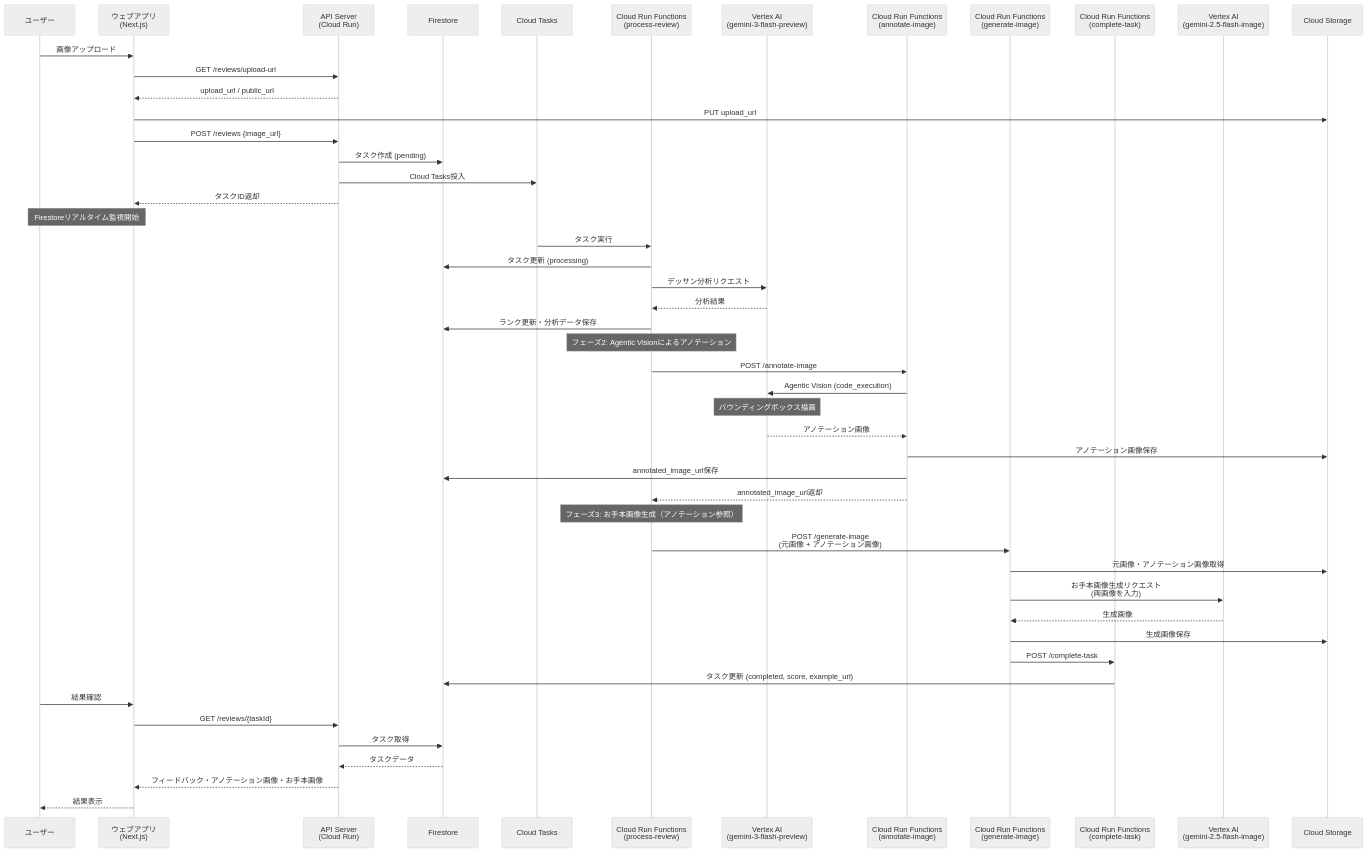
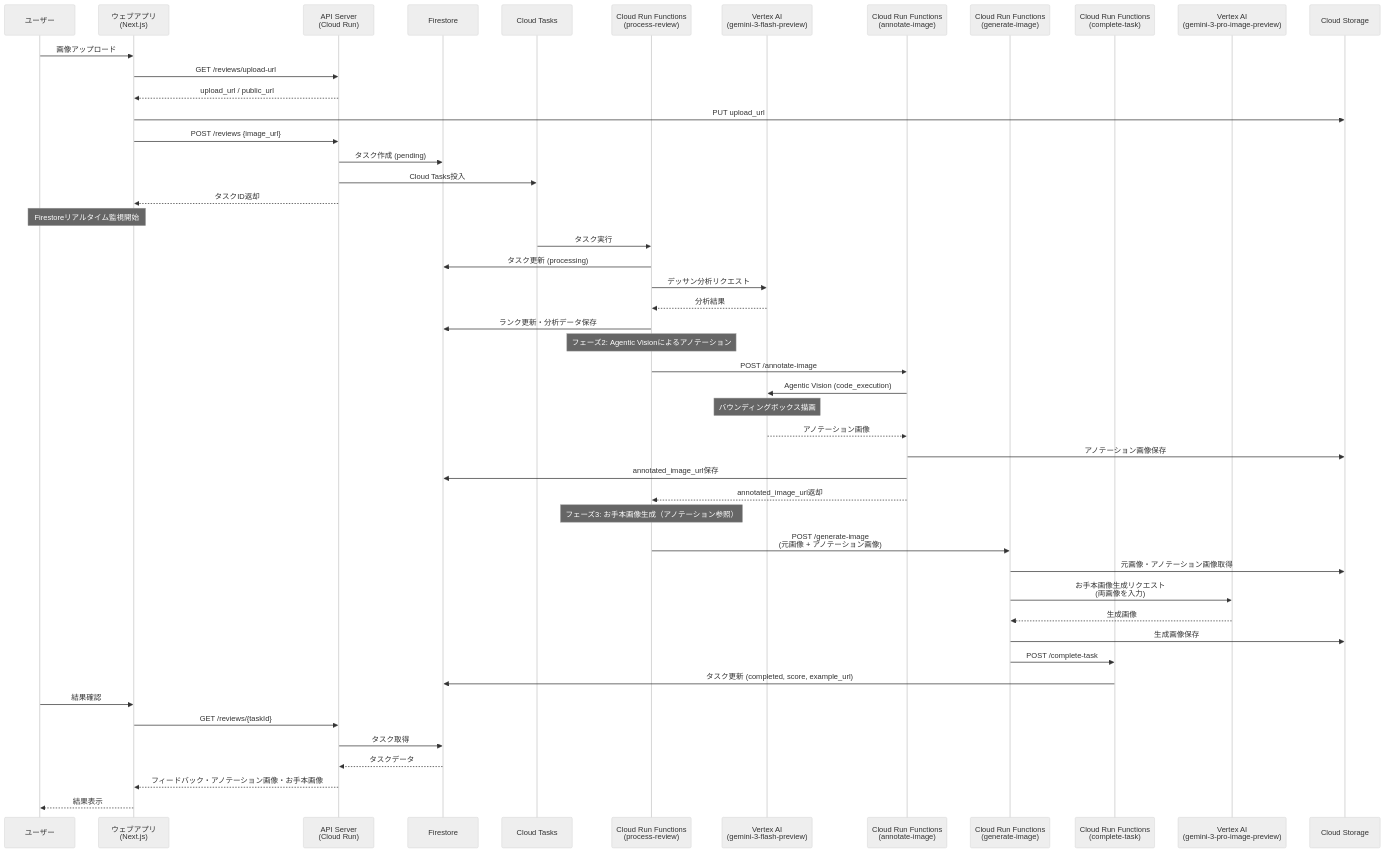
Before and after one commit to nuance-sudo/drawing-practice-agent-gch4: the second of 6 diagrams in docs/functional-design.md, drawn with Mermaid (neutral theme). The commit also changed other lines of this file and 25 other files, not shown here.

````diff
--- a/docs/functional-design.md
+++ b/docs/functional-design.md
@@ -71,57 +71,57 @@
 ```mermaid
 sequenceDiagram
     participant User as ユーザー
     participant Web as ウェブアプリ<br/>(Next.js)
     participant API as API Server<br/>(Cloud Run)
     participant DB as Firestore
     participant Queue as Cloud Tasks
     participant ProcFunc as Cloud Run Functions<br/>(process-review)
     participant Gemini as Vertex AI<br/>(gemini-3-flash-preview)
     participant AnnotateFunc as Cloud Run Functions<br/>(annotate-image)
     participant GenFunc as Cloud Run Functions<br/>(generate-image)
     participant CompleteFunc as Cloud Run Functions<br/>(complete-task)
-    participant ImageGen as Vertex AI<br/>(gemini-2.5-flash-image)
+    participant ImageGen as Vertex AI<br/>(gemini-3-pro-image-preview)
     participant GCS as Cloud Storage
 
     User->>Web: 画像アップロード
     Web->>API: GET /reviews/upload-url
     API-->>Web: upload_url / public_url
     Web->>GCS: PUT upload_url
     Web->>API: POST /reviews {image_url}
     API->>DB: タスク作成 (pending)
     API->>Queue: Cloud Tasks投入
     API-->>Web: タスクID返却
     
     Note over User,Web: Firestoreリアルタイム監視開始
     
     Queue->>ProcFunc: タスク実行
     ProcFunc->>DB: タスク更新 (processing)
     ProcFunc->>Gemini: デッサン分析リクエスト
     Gemini-->>ProcFunc: 分析結果
     ProcFunc->>DB: ランク更新・分析データ保存
     
     Note over ProcFunc: フェーズ2: Agentic Visionによるアノテーション
     ProcFunc->>AnnotateFunc: POST /annotate-image
     AnnotateFunc->>Gemini: Agentic Vision (code_execution)
     Note over Gemini: バウンディングボックス描画
     Gemini-->>AnnotateFunc: アノテーション画像
     AnnotateFunc->>GCS: アノテーション画像保存
     AnnotateFunc->>DB: annotated_image_url保存
     AnnotateFunc-->>ProcFunc: annotated_image_url返却
 
     Note over ProcFunc: フェーズ3: お手本画像生成（アノテーション参照）
     ProcFunc->>GenFunc: POST /generate-image<br/>(元画像 + アノテーション画像)
     GenFunc->>GCS: 元画像・アノテーション画像取得
     GenFunc->>ImageGen: お手本画像生成リクエスト<br/>(両画像を入力)
     ImageGen-->>GenFunc: 生成画像
     GenFunc->>GCS: 生成画像保存
     GenFunc->>CompleteFunc: POST /complete-task
     CompleteFunc->>DB: タスク更新 (completed, score, example_url)
     
     User->>Web: 結果確認
     Web->>API: GET /reviews/{taskId}
     API->>DB: タスク取得
     DB-->>API: タスクデータ
     API-->>Web: フィードバック・アノテーション画像・お手本画像
     Web-->>User: 結果表示
 ```
````
